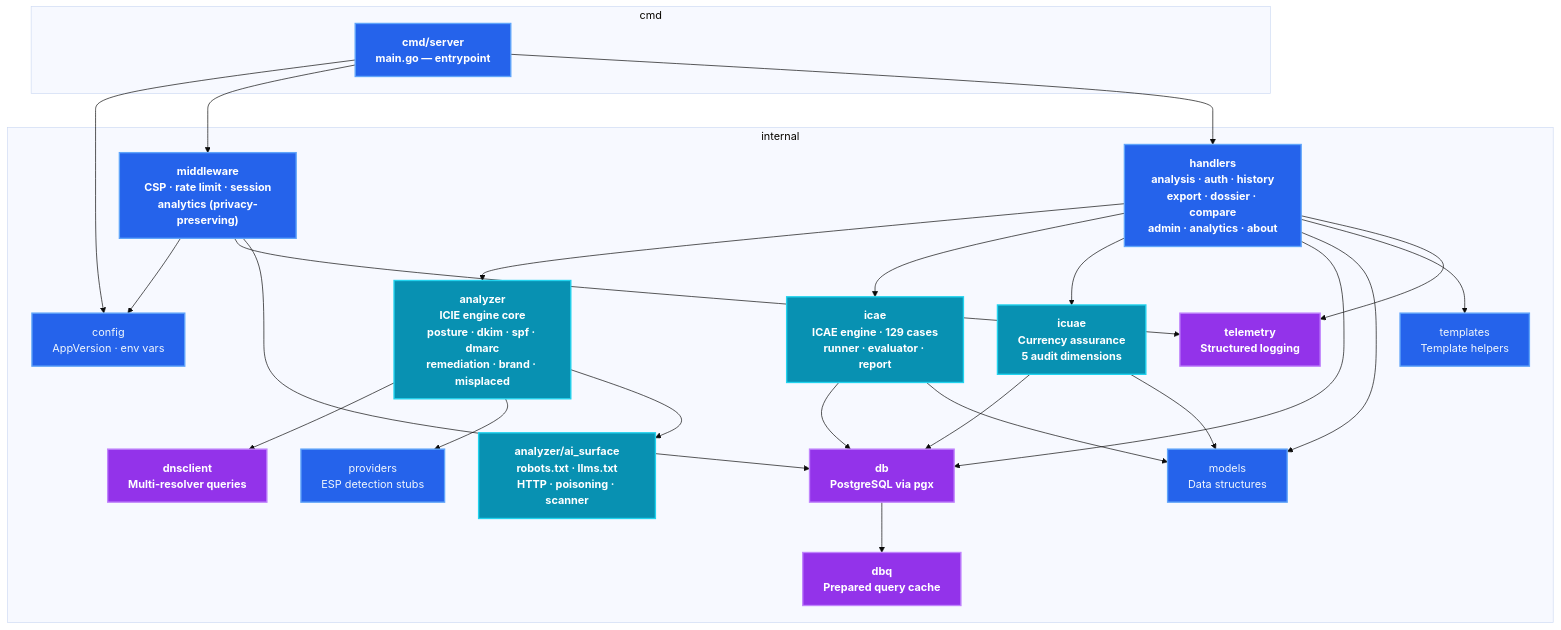
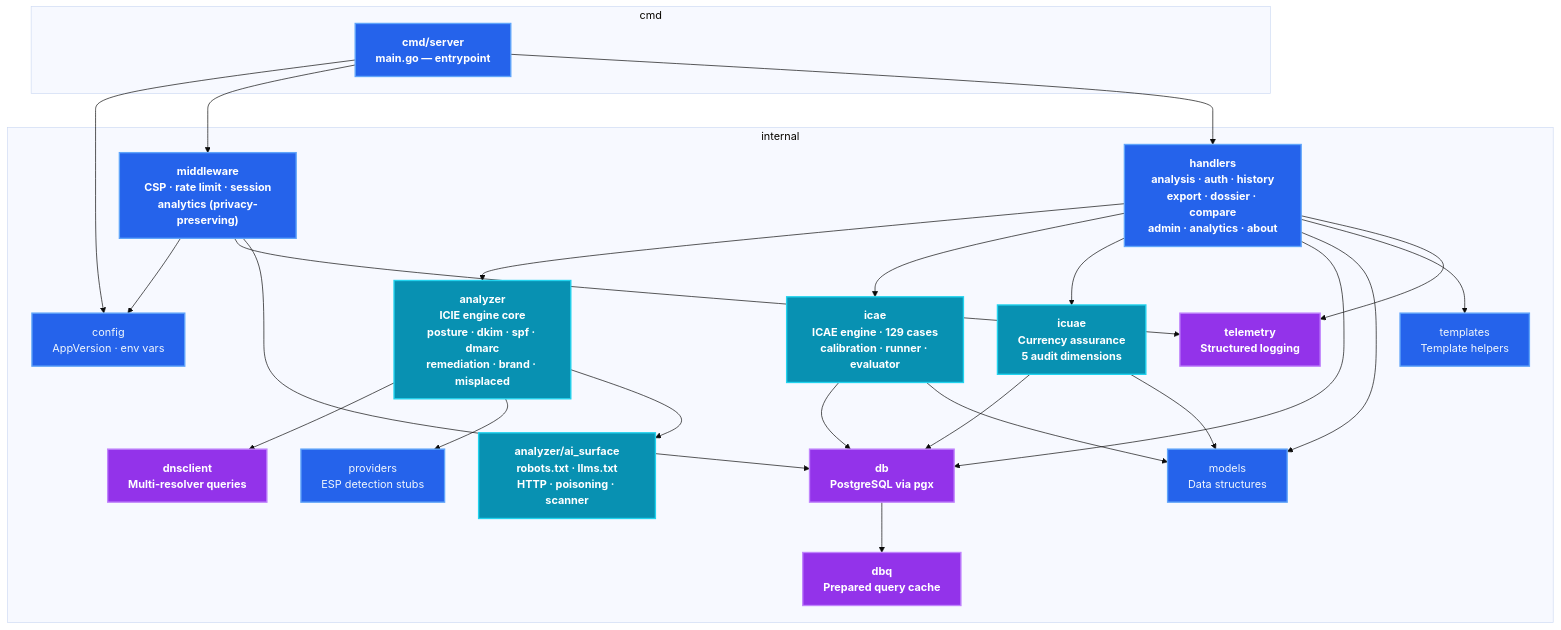
One commit to IT-Help-San-Diego/dns-tool-web changed the eighth of 11 diagrams in docs/architecture/SYSTEM_ARCHITECTURE.md. Above: the diagram before and after it, drawn with Mermaid (base theme). The commit also changed other lines of this file and 7 other files, not shown here.

````diff
--- a/docs/architecture/SYSTEM_ARCHITECTURE.md
+++ b/docs/architecture/SYSTEM_ARCHITECTURE.md
@@ -469,41 +471,41 @@
 ```mermaid
 graph TB
     subgraph "cmd"
         Server["cmd/server<br/>main.go — entrypoint"]
     end
 
     subgraph "internal"
         Config["config<br/>AppVersion · env vars"]
         Middleware["middleware<br/>CSP · rate limit · session<br/>analytics (privacy-preserving)"]
         Handlers["handlers<br/>analysis · auth · history<br/>export · dossier · compare<br/>admin · analytics · about"]
         Analyzer["analyzer<br/>ICIE engine core<br/>posture · dkim · spf · dmarc<br/>remediation · brand · misplaced"]
         AISurface["analyzer/ai_surface<br/>robots.txt · llms.txt<br/>HTTP · poisoning · scanner"]
-        ICAE2["icae<br/>ICAE engine · 129 cases<br/>runner · evaluator · report"]
+        ICAE2["icae<br/>ICAE engine · 129 cases<br/>calibration · runner · evaluator"]
         ICuAE2["icuae<br/>Currency assurance<br/>5 audit dimensions"]
         DNSClient2["dnsclient<br/>Multi-resolver queries"]
         DB2["db<br/>PostgreSQL via pgx"]
         DBQ["dbq<br/>Prepared query cache"]
         Models["models<br/>Data structures"]
         Providers["providers<br/>ESP detection stubs"]
         Telemetry["telemetry<br/>Structured logging"]
         Templates3["templates<br/>Template helpers"]
     end
 
     Server --> Config & Middleware & Handlers
     Handlers --> Analyzer & ICAE2 & ICuAE2 & DB2 & Models & Templates3
     Analyzer --> DNSClient2 & Providers & AISurface
     ICAE2 --> DB2 & Models
     ICuAE2 --> DB2 & Models
     Handlers --> Telemetry
     DB2 --> DBQ
     Middleware --> Config & Telemetry & DB2
 
     classDef default fill:#2563eb,stroke:#60a5fa,stroke-width:2px,color:#f0f6fc
     classDef core fill:#2563eb,stroke:#60a5fa,stroke-width:2px,color:#fff,font-weight:bold
     classDef engine fill:#0891b2,stroke:#22d3ee,stroke-width:2px,color:#fff,font-weight:bold
     classDef infra fill:#9333ea,stroke:#c084fc,stroke-width:2px,color:#fff,font-weight:bold
     class Analyzer,AISurface,ICAE2,ICuAE2 engine
     class Server,Handlers,Middleware core
     class DB2,DBQ,DNSClient2,Telemetry infra
     class Config,Models,Providers,Templates3 default
 ```
````
